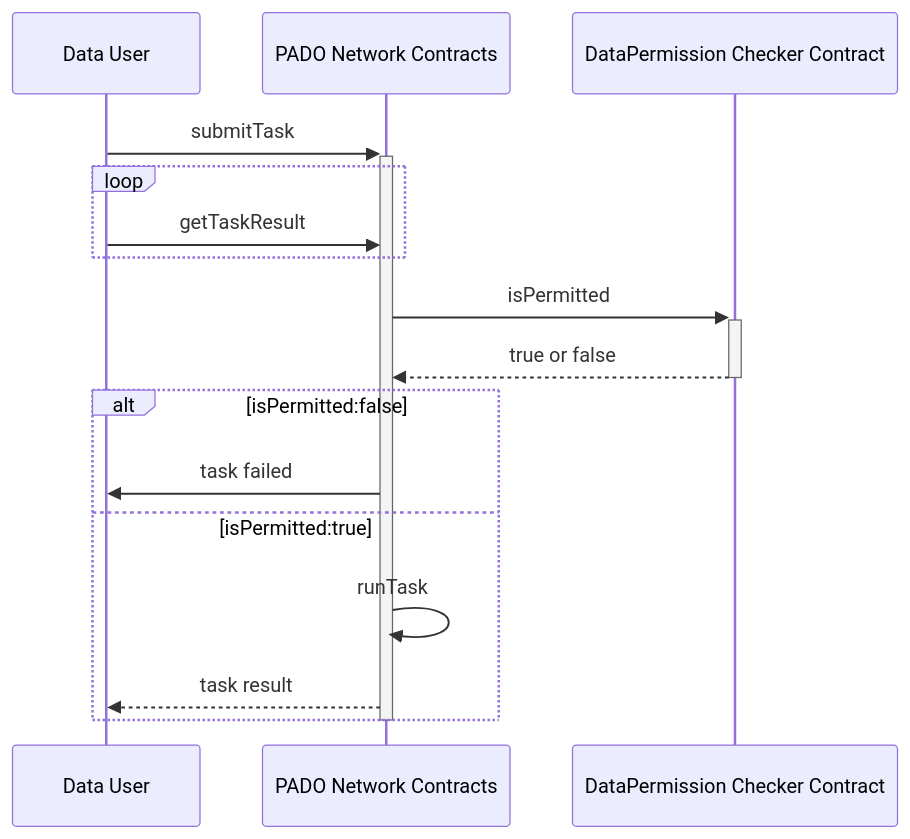
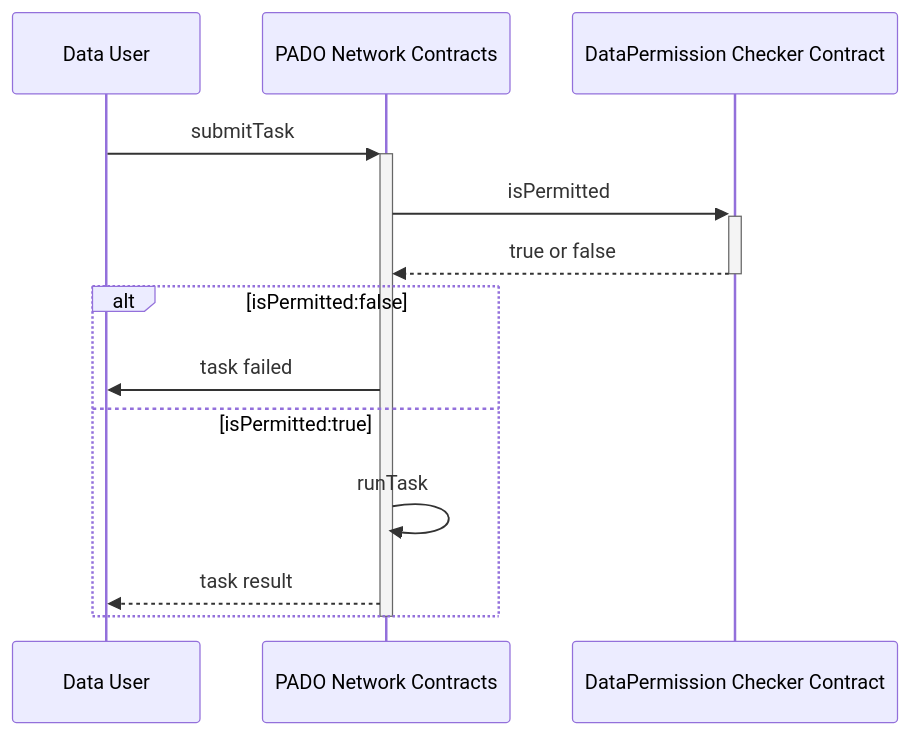
One commit to xudean/pado-network-sdk changed the diagram in README.md. Above: the diagram before and after it, drawn with Mermaid. The commit also changed other lines of this file, not shown here.

````diff
--- a/README.md
+++ b/README.md
@@ -343,18 +341,15 @@
 ```mermaid
 sequenceDiagram
     Data User->>+PADO Network Contracts: submitTask
-    loop
-       Data User->>PADO Network Contracts: getTaskResult
-    end
     PADO Network Contracts->>+DataPermission Checker Contract: isPermitted
     DataPermission Checker Contract-->>PADO Network Contracts: true or false
     deactivate DataPermission Checker Contract
     alt isPermitted:false
         PADO Network Contracts->>Data User: task failed
     else isPermitted:true
         PADO Network Contracts->>PADO Network Contracts: runTask
         PADO Network Contracts-->>Data User: task result
     end
 
     deactivate PADO Network Contracts
 ```
````
